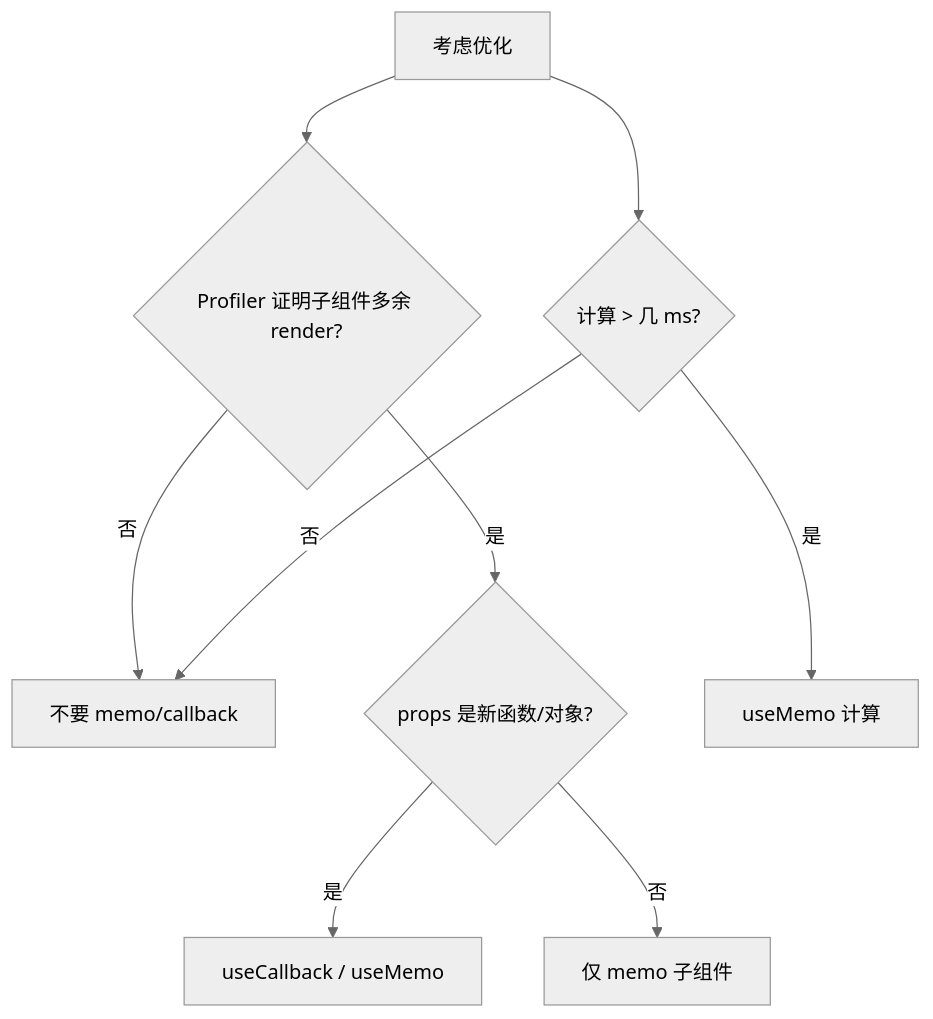
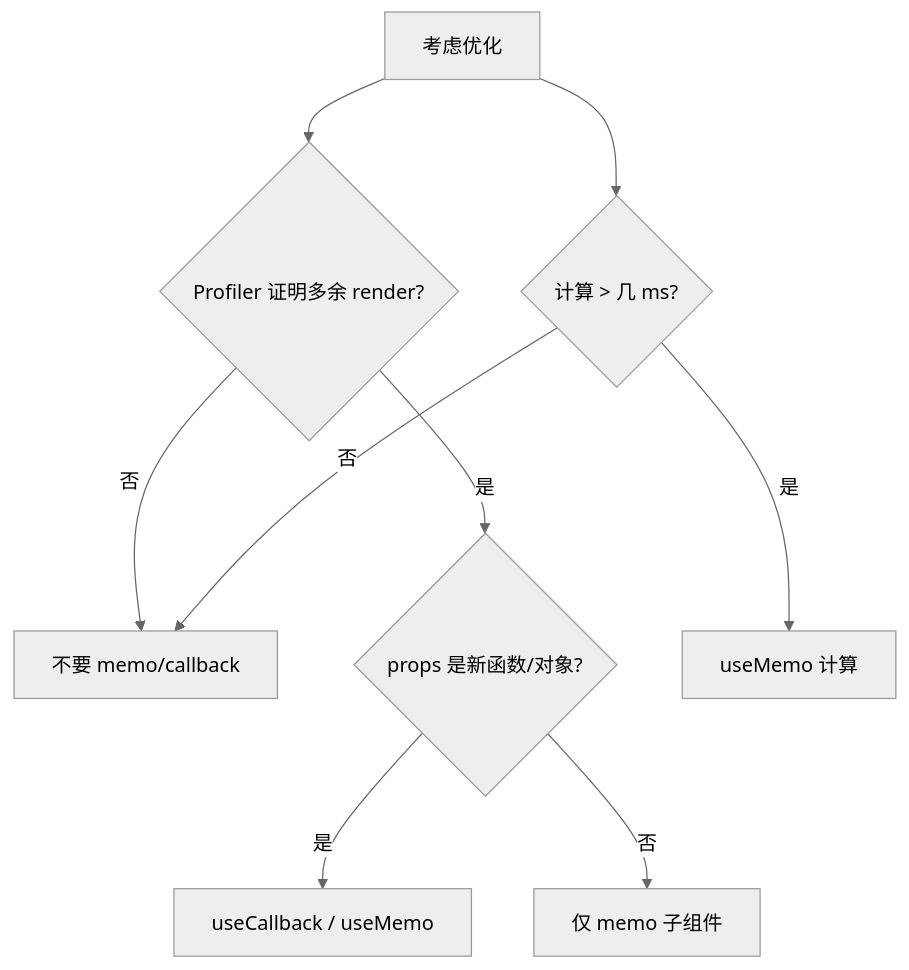
One commit to YancyZ/Knowledge-base changed the diagram in 前端框架篇/React/05-Hooks体系/05-useMemo-useCallback.md. Above: the diagram before and after it, drawn with Mermaid (neutral theme). The commit also changed other lines of this file and 224 other files, not shown here.

````diff
--- a/前端框架篇/React/05-Hooks体系/05-useMemo-useCallback.md
+++ b/前端框架篇/React/05-Hooks体系/05-useMemo-useCallback.md
@@ -71,12 +58,12 @@
 ```mermaid
 flowchart TD
   Start[考虑优化]
-  Start --> P{Profiler 证明子组件多余 render?}
+  Start --> P{Profiler 证明多余 render?}
   P -->|否| Skip[不要 memo/callback]
   P -->|是| Q{props 是新函数/对象?}
   Q -->|是| UC[useCallback / useMemo]
   Q -->|否| M[仅 memo 子组件]
   Start --> C{计算 > 几 ms?}
   C -->|是| UM[useMemo 计算]
   C -->|否| Skip
 ```
````
